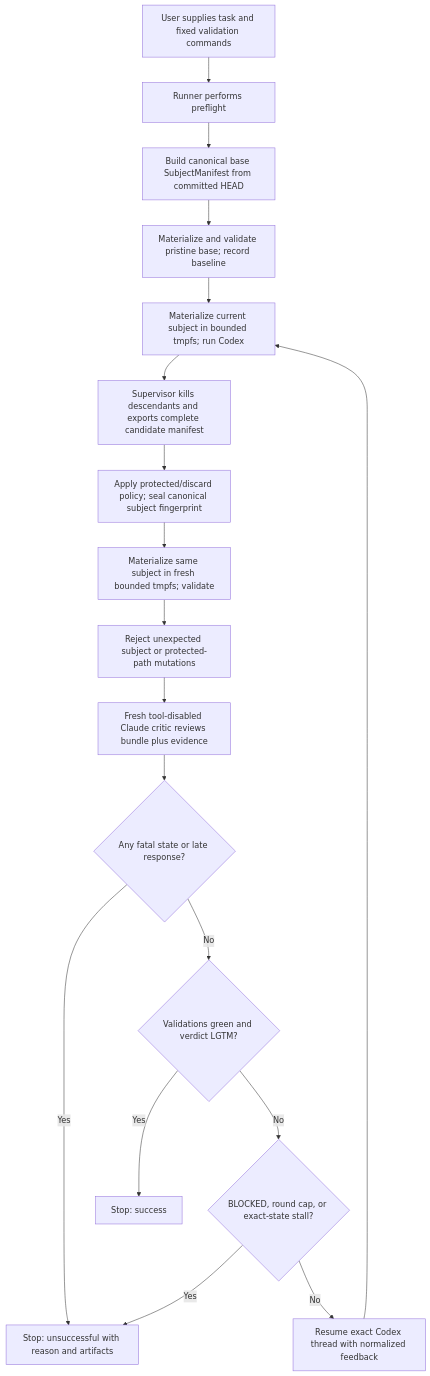
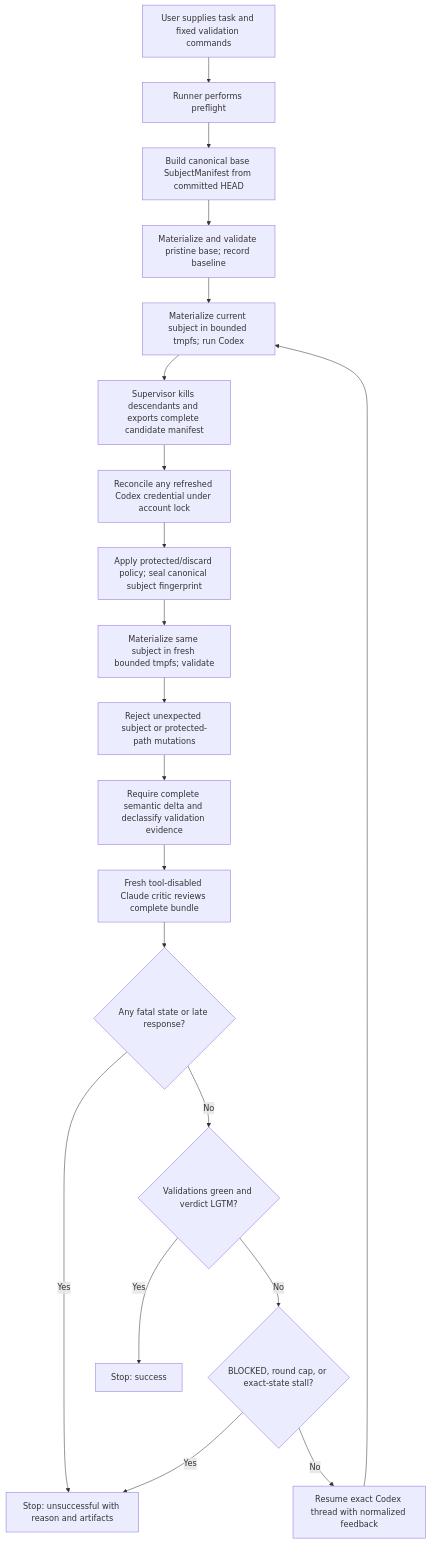
One commit to buiksat/codex-claude-author-critic-loop changed the diagram in PLAN.md. Above: the diagram before and after it, drawn with Mermaid. The commit also changed other lines of this file, not shown here.

````diff
--- a/PLAN.md
+++ b/PLAN.md
@@ -123,20 +136,22 @@
 ```mermaid
 flowchart TD
     U[User supplies task and fixed validation commands] --> P[Runner performs preflight]
     P --> H[Build canonical base SubjectManifest from committed HEAD]
     H --> B[Materialize and validate pristine base; record baseline]
     B --> A[Materialize current subject in bounded tmpfs; run Codex]
     A --> K[Supervisor kills descendants and exports complete candidate manifest]
-    K --> F[Apply protected/discard policy; seal canonical subject fingerprint]
+    K --> T[Reconcile any refreshed Codex credential under account lock]
+    T --> F[Apply protected/discard policy; seal canonical subject fingerprint]
     F --> V[Materialize same subject in fresh bounded tmpfs; validate]
     V --> M[Reject unexpected subject or protected-path mutations]
-    M --> C[Fresh tool-disabled Claude critic reviews bundle plus evidence]
+    M --> E[Require complete semantic delta and declassify validation evidence]
+    E --> C[Fresh tool-disabled Claude critic reviews complete bundle]
     C --> Q{Any fatal state or late response?}
     Q -- Yes --> X[Stop: unsuccessful with reason and artifacts]
     Q -- No --> D{Validations green and verdict LGTM?}
     D -- Yes --> S[Stop: success]
     D -- No --> G{BLOCKED, round cap, or exact-state stall?}
     G -- Yes --> X
     G -- No --> R[Resume exact Codex thread with normalized feedback]
     R --> A
 ```
````
